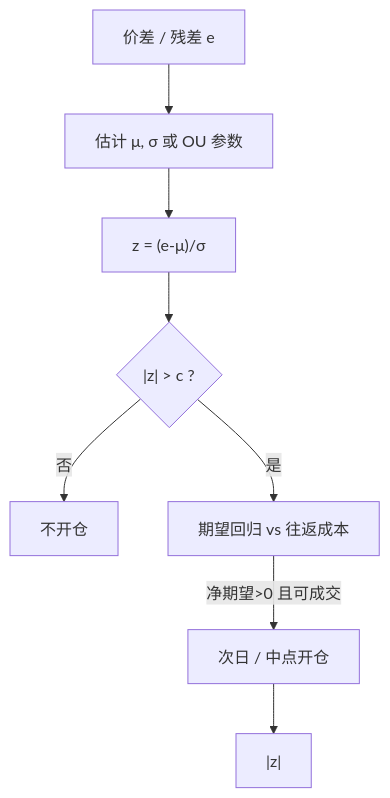
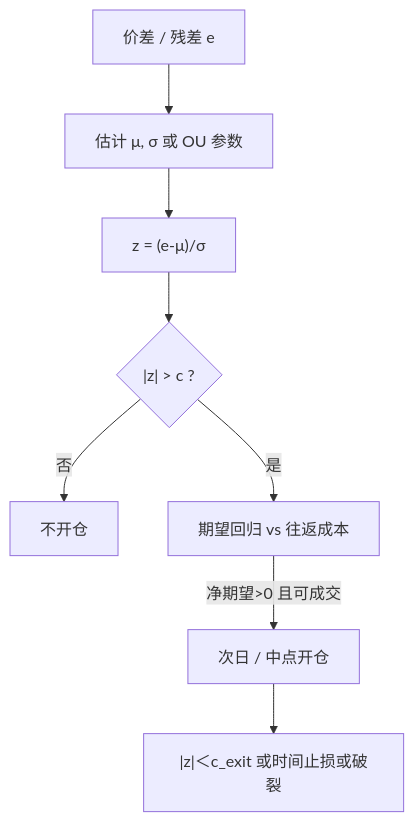
One commit to xhongduo-tech/xhongduo-tech.github.io changed the diagram in docs/quant/zscore-entry.md. Above: the diagram before and after it, drawn with Mermaid. The commit also changed other lines of this file and 772 other files, not shown here.

````diff
--- a/docs/quant/zscore-entry.md
+++ b/docs/quant/zscore-entry.md
@@ -64,10 +64,10 @@
 ```mermaid
 flowchart TD
   E["价差 / 残差 e"] --> MU["估计 μ, σ 或 OU 参数"]
   MU --> Z["z = (e-μ)/σ"]
   Z --> C{"|z| > c ?"}
   C -->|否| WAIT["不开仓"]
   C -->|是| COST["期望回归 vs 往返成本"]
   COST -->|"净期望>0 且可成交"| OPEN["次日 / 中点开仓"]
-  OPEN --> EXIT["|z|<c_exit 或时间止损或破裂"]
+  OPEN --> EXIT["|z|＜c_exit 或时间止损或破裂"]
 ```
````
